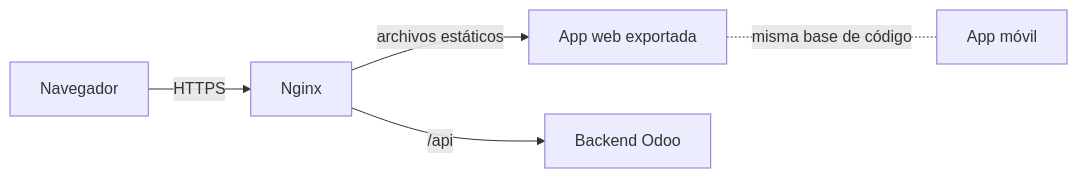
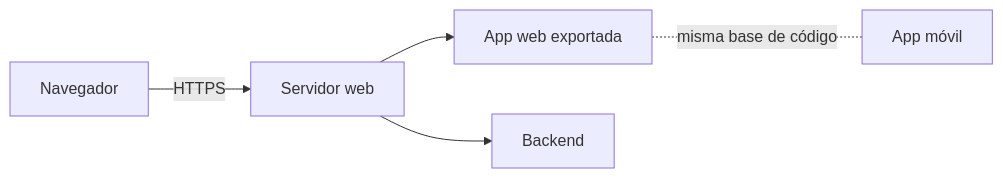
The diagram in README.md (Jeisondls/planner-web), drawn with Mermaid before and after one commit. The commit also changed other lines of this file, not shown here.

First line of the commit message:
docs: reduce architecture details in public README

````diff
--- a/README.md
+++ b/README.md
@@ -24,7 +23,7 @@
 ```mermaid
 flowchart LR
-    B[Navegador] -->|HTTPS| N[Nginx]
-    N -->|archivos estáticos| A[App web exportada]
-    N -->|/api| O[Backend Odoo]
+    B[Navegador] -->|HTTPS| S[Servidor web]
+    S --> A[App web exportada]
+    S --> BE[Backend]
     A -. misma base de código .- M[App móvil]
 ```
````
